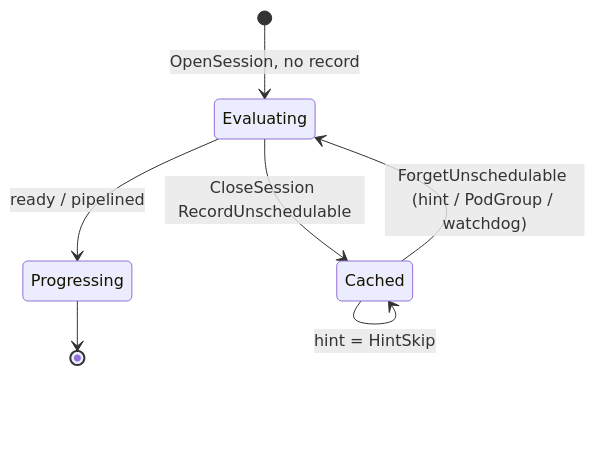
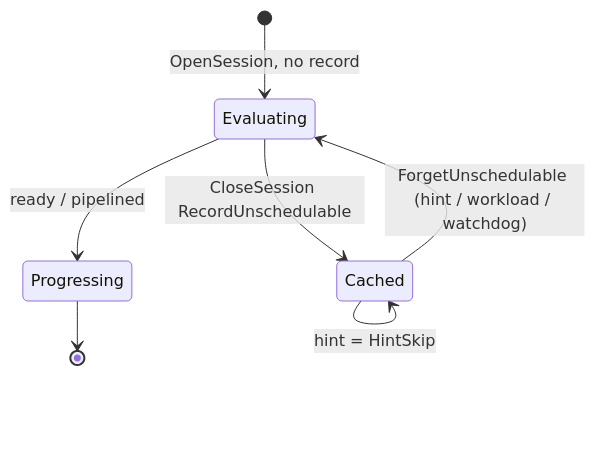
The first of 4 diagrams in docs/design/unschedulable-job-cache.md (JesseStutler/volcano), drawn with Mermaid before and after one commit. The commit also changed other lines of this file, not shown here.

Commit message:
docs: describe unschedulable cache secondary indexes

````diff
--- a/docs/design/unschedulable-job-cache.md
+++ b/docs/design/unschedulable-job-cache.md
@@ -463,10 +591,10 @@
 ```mermaid
 stateDiagram-v2
     [*] --> Evaluating: OpenSession, no record
     Evaluating --> Progressing: ready / pipelined
     Evaluating --> Cached: CloseSession RecordUnschedulable
     Cached --> Cached: GetCachedRejections applied
     Cached --> Cached: hint = HintSkip
-    Cached --> Evaluating: ForgetUnschedulable (hint / PodGroup / watchdog)
+    Cached --> Evaluating: ForgetUnschedulable (hint / workload / watchdog)
     Progressing --> [*]
 ```
````
